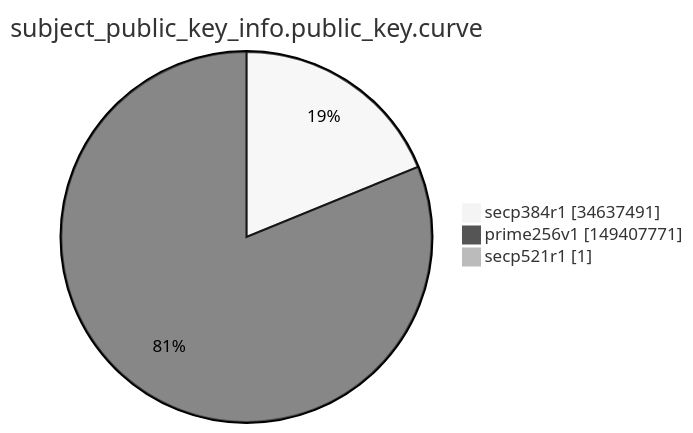
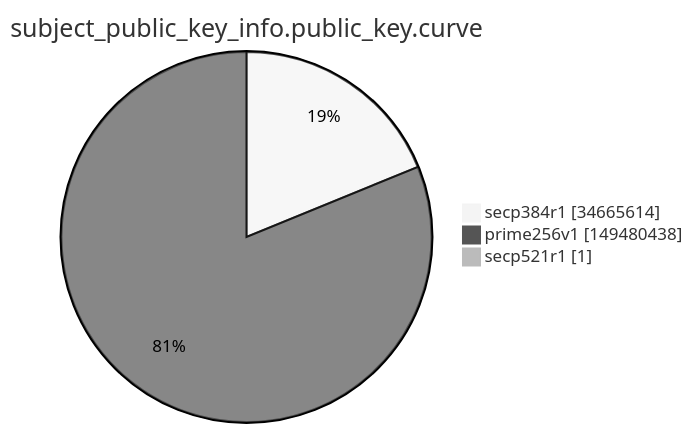
Before and after one commit to christiankrug/ctmonitor_visualization: the ninth of 15 diagrams in argon2022/README.md, drawn with Mermaid (neutral theme). The commit also changed other lines of this file, not shown here.

````diff
--- a/argon2022/README.md
+++ b/argon2022/README.md
@@ -2764,7 +2764,7 @@
 ```mermaid
 pie showData
 title subject_public_key_info.public_key.curve
-"secp384r1" :34637491
-"prime256v1" :149407771
+"secp384r1" :34665614
+"prime256v1" :149480438
 "secp521r1" :1
 ```
````
